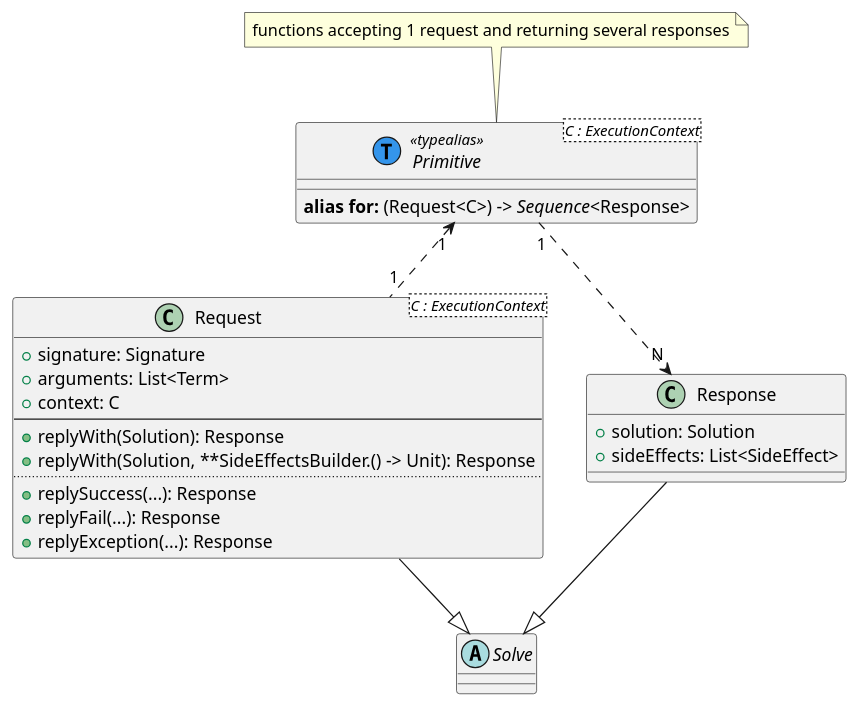
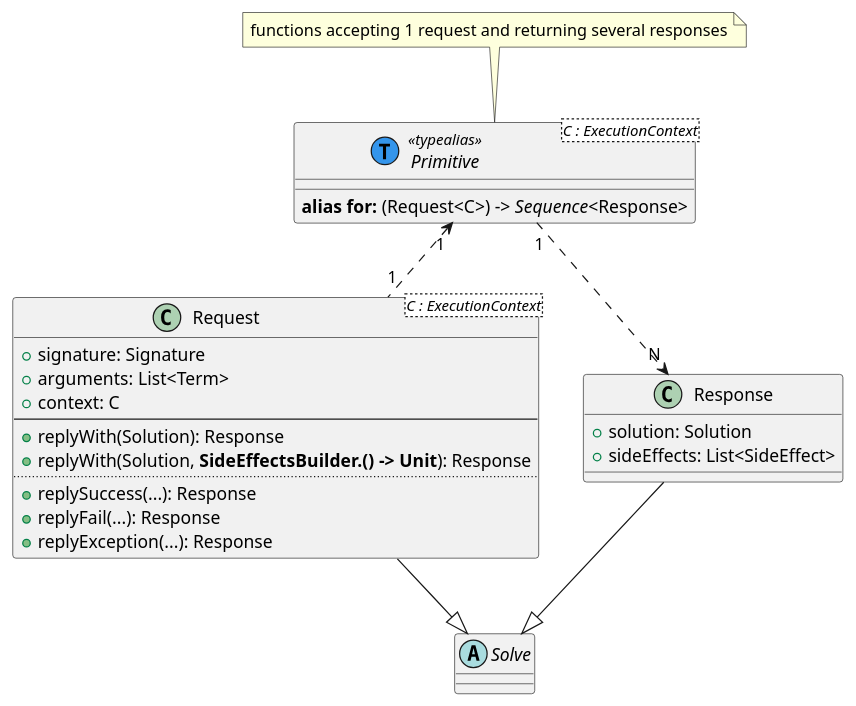
Before and after one commit to gciatto-unibo/2p-kt-presentation: the diagram in img/primitive.pu, drawn with PlantUML. The commit also changed 9 other files, not shown here.

```diff
--- a/img/primitive.pu
+++ b/img/primitive.pu
@@ -1,35 +1,35 @@
 @startuml
 abstract class Solve 
 
 class Request<C : ExecutionContext> {
     + signature: Signature
     + arguments: List<Term>
     + context: C
     --
     + replyWith(Solution): Response
-    + replyWith(Solution, **SideEffectsBuilder.() -> Unit): Response
+    + replyWith(Solution, **SideEffectsBuilder.() -> Unit**): Response
     ..
     + replySuccess(...): Response
     + replyFail(...): Response
     + replyException(...): Response
 }
 
 Request --|> Solve 
 
 class Response {
     + solution: Solution
     + sideEffects: List<SideEffect>
 }
 
 Response --|> Solve 
 
 interface Primitive<C : ExecutionContext> << (T,#3495eb) typealias >>  {
   **alias for:** (Request<C>) -> //Sequence//<Response>
 }
 
 Primitive "1" <.. "1" Request
 
 Primitive "1" ..> "N" Response
 
 note top of Primitive: functions accepting 1 request and returning several responses
 @enduml
```
